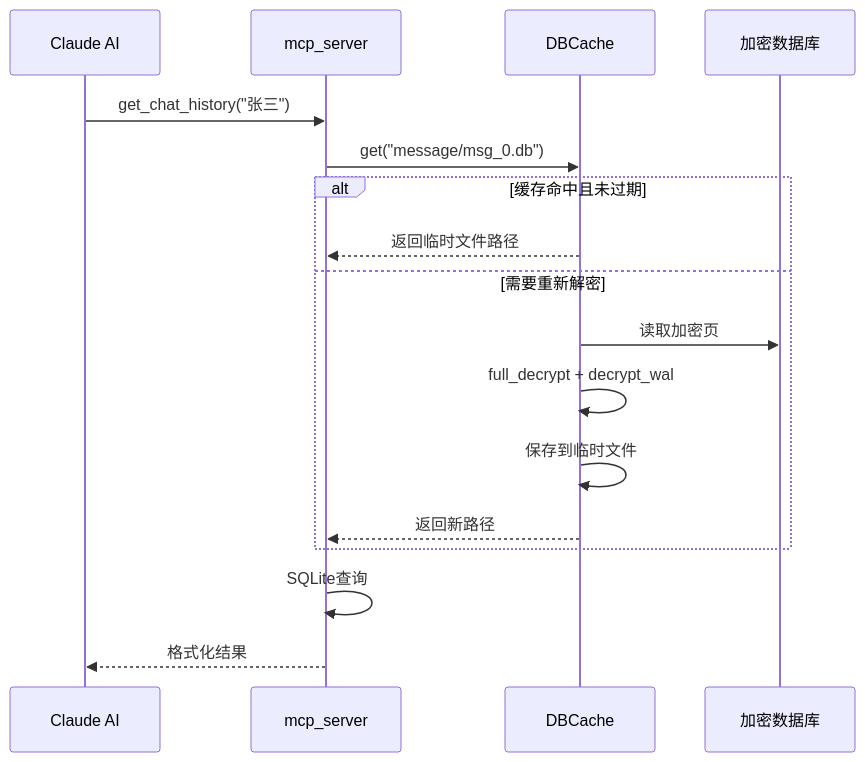
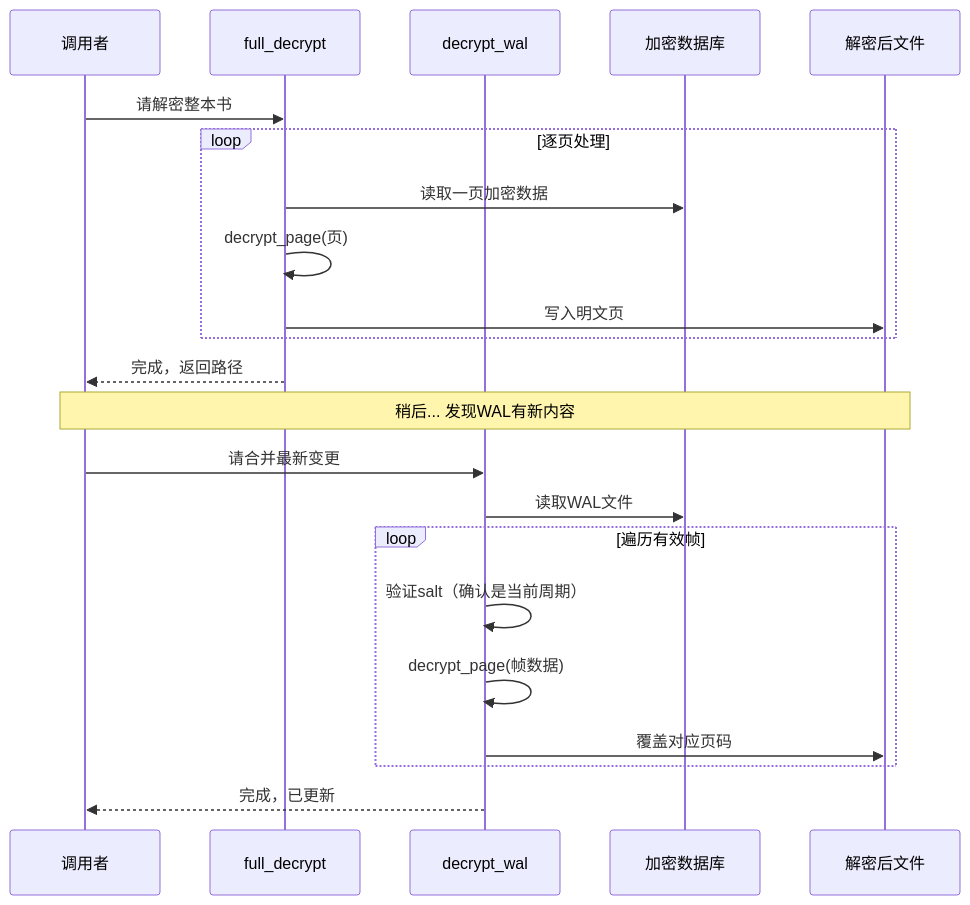
Before and after one commit to nerdneilsfield/code-wiki-pages: the third of 13 diagrams in public/wechat-decrypt/guide-beginners-guide-data-flow.md, drawn with Mermaid. The commit also changed other lines of this file and 30 other files, not shown here.

````diff
--- a/public/wechat-decrypt/guide-beginners-guide-data-flow.md
+++ b/public/wechat-decrypt/guide-beginners-guide-data-flow.md
@@ -100,22 +91,27 @@
 ```mermaid
 sequenceDiagram
-    participant Claude as Claude AI
-    participant MCP as mcp_server
-    participant Cache as DBCache
-    participant Disk as 加密数据库
+    participant User as 调用者
+    participant FD as full_decrypt
+    participant DW as decrypt_wal
+    participant DB as 加密数据库
+    participant Out as 解密后文件
     
-    Claude->>MCP: get_chat_history("张三")
-    MCP->>Cache: get("message/msg_0.db")
+    User->>FD: 请解密整本书
+    loop 逐页处理
+        FD->>DB: 读取一页加密数据
+        FD->>FD: decrypt_page(页)
+        FD->>Out: 写入明文页
+    end
+    FD-->>User: 完成，返回路径
     
-    alt 缓存命中且未过期
-        Cache-->>MCP: 返回临时文件路径
-    else 需要重新解密
-        Cache->>Disk: 读取加密页
-        Cache->>Cache: full_decrypt + decrypt_wal
-        Cache->>Cache: 保存到临时文件
-        Cache-->>MCP: 返回新路径
+    Note over User,Out: 稍后... 发现WAL有新内容
+    
+    User->>DW: 请合并最新变更
+    DW->>DB: 读取WAL文件
+    loop 遍历有效帧
+        DW->>DW: 验证salt（确认是当前周期）
+        DW->>DW: decrypt_page(帧数据)
+        DW->>Out: 覆盖对应页码
     end
-    
-    MCP->>MCP: SQLite查询
-    MCP-->>Claude: 格式化结果
+    DW-->>User: 完成，已更新
 ```
````
